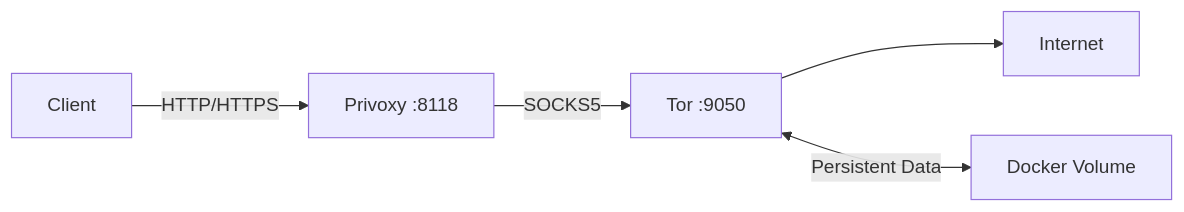
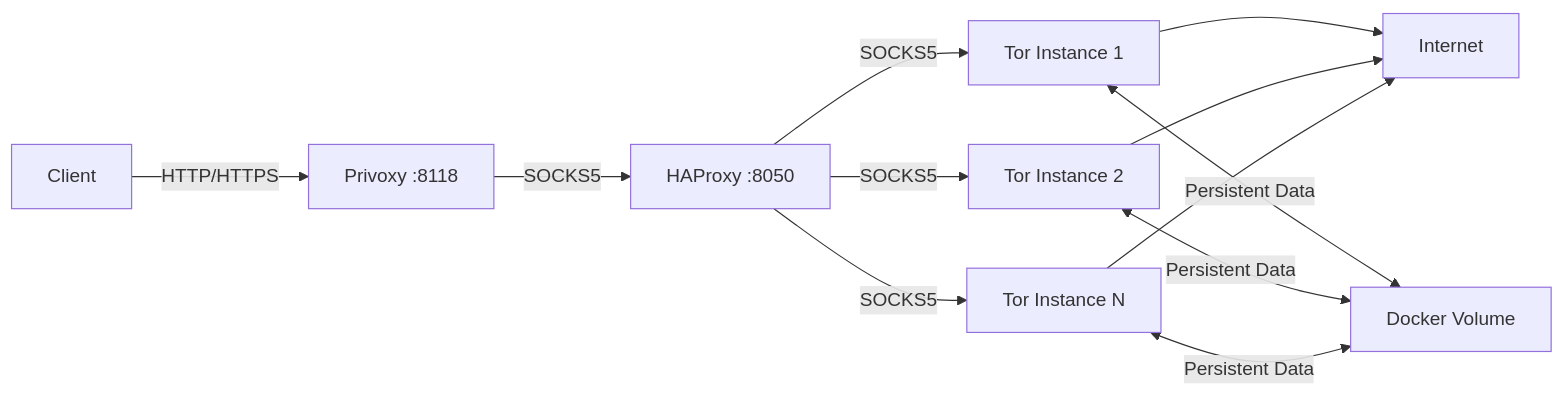
The diagram in README.md (perennialtech/docker-tor-privoxy-alpine), drawn with Mermaid before and after one commit. The commit also changed other lines of this file and 4 other files, not shown here.

````diff
--- a/README.md
+++ b/README.md
@@ -9,7 +9,14 @@
 ```mermaid
 graph LR
     Client[Client] -->|HTTP/HTTPS| Privoxy[Privoxy :8118]
-    Privoxy -->|SOCKS5| Tor[Tor :9050]
-    Tor --> Internet[Internet]
-    Tor <-->|Persistent Data| Volume[Docker Volume]
+    Privoxy -->|SOCKS5| HAProxy[HAProxy :8050]
+    HAProxy -->|SOCKS5| Tor1[Tor Instance 1]
+    HAProxy -->|SOCKS5| Tor2[Tor Instance 2]
+    HAProxy -->|SOCKS5| TorN[Tor Instance N]
+    Tor1 --> Internet[Internet]
+    Tor2 --> Internet
+    TorN --> Internet
+    Tor1 <-->|Persistent Data| Volume[Docker Volume]
+    Tor2 <-->|Persistent Data| Volume
+    TorN <-->|Persistent Data| Volume
 ```
````
